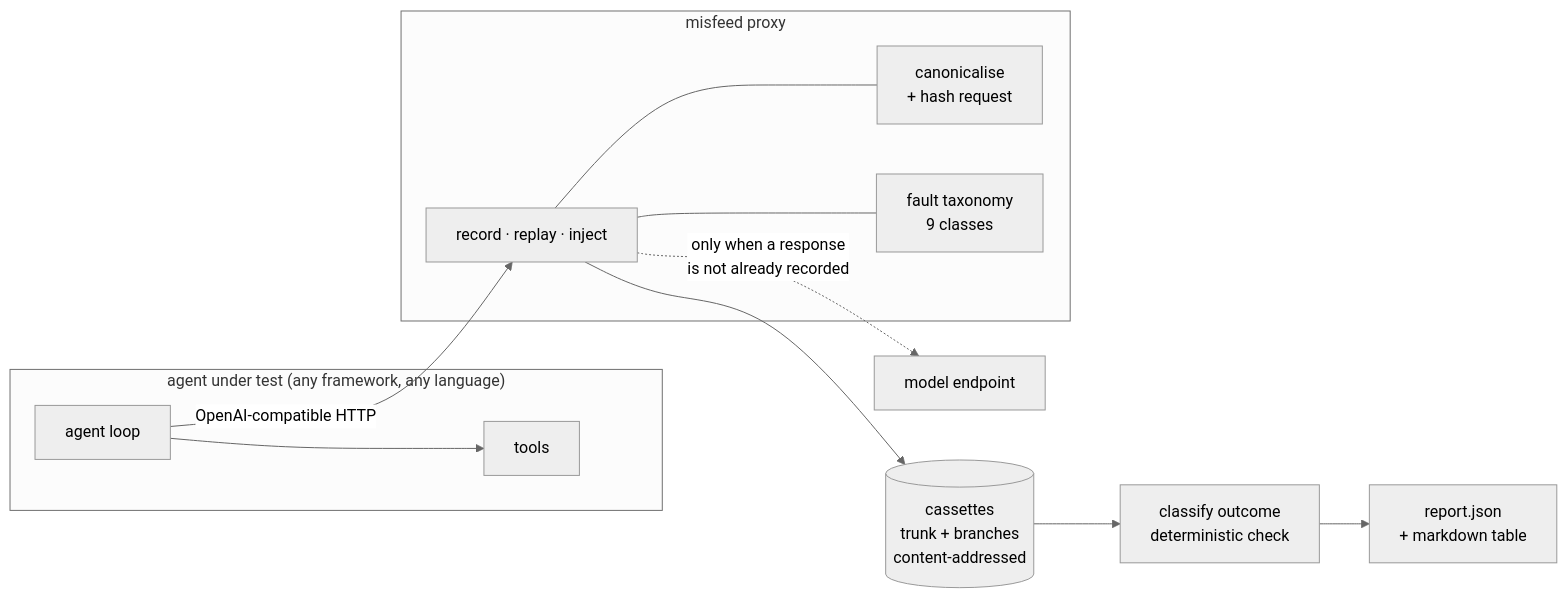
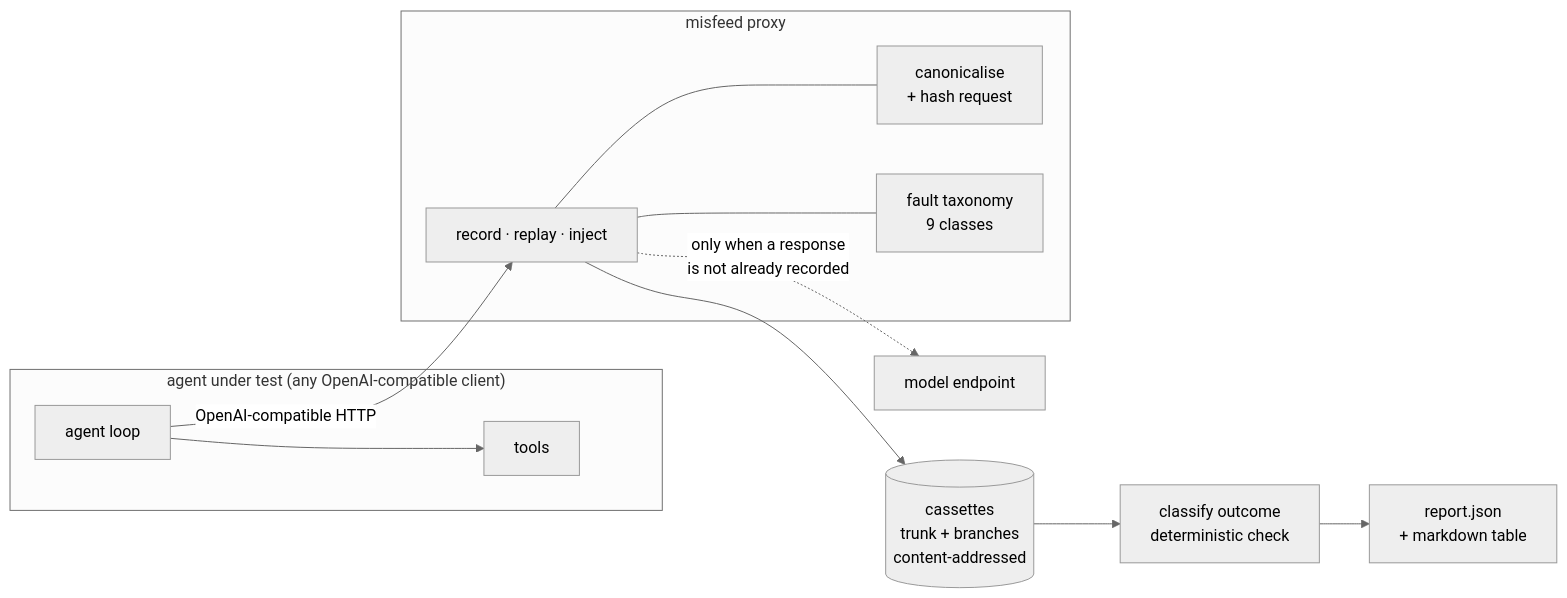
The diagram in README.md (sujitkumarmatta/AI), drawn with Mermaid (neutral theme) before and after one commit. The commit also changed other lines of this file and 4 other files, not shown here.

````diff
--- a/README.md
+++ b/README.md
@@ -39,18 +39,18 @@
 ```mermaid
 flowchart LR
-    subgraph AUT["agent under test (any framework, any language)"]
+    subgraph AUT["agent under test (any OpenAI-compatible client)"]
         A["agent loop"] --> T["tools"]
     end
     A -->|"OpenAI-compatible HTTP"| P
     subgraph MF["misfeed proxy"]
         P["record · replay · inject"]
         C["canonicalise<br/>+ hash request"]
         F["fault taxonomy<br/>9 classes"]
     end
     P --- C
     P --- F
     P --> S[("cassettes<br/>trunk + branches<br/>content-addressed")]
     P -.->|"only when a response<br/>is not already recorded"| M["model endpoint"]
     S --> V["classify outcome<br/>deterministic check"]
     V --> R["report.json<br/>+ markdown table"]
 ```
````
